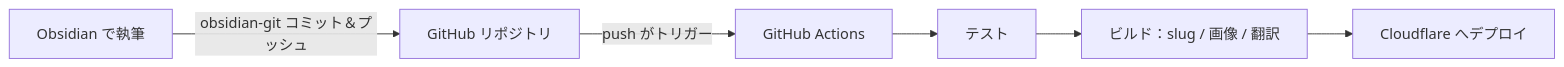
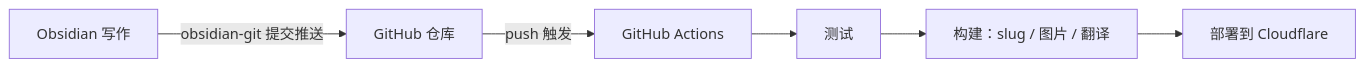
Before and after one commit to Edmounds/blog_web: the diagram in src/i18n/content/ja/blog/使用GitHub Actions 实现博客自动化更新.md, drawn with Mermaid. The commit also changed other lines of this file and 9 other files, not shown here.

````diff
--- a/src/i18n/content/ja/blog/使用GitHub Actions 实现博客自动化更新.md
+++ b/src/i18n/content/ja/blog/使用GitHub Actions 实现博客自动化更新.md
@@ -24,8 +24,8 @@
 ```mermaid
 flowchart LR
-  O[Obsidian で執筆] -->|obsidian-git コミット＆プッシュ| G[GitHub リポジトリ]
-  G -->|push がトリガー| A[GitHub Actions]
-  A --> T[テスト]
-  T --> B[ビルド：slug / 画像 / 翻訳]
-  B --> D[Cloudflare へデプロイ]
+  O[Obsidian 写作] -->|obsidian-git 提交推送| G[GitHub 仓库]
+  G -->|push 触发| A[GitHub Actions]
+  A --> T[测试]
+  T --> B[构建：slug / 图片 / 翻译]
+  B --> D[部署到 Cloudflare]
 ```
````
